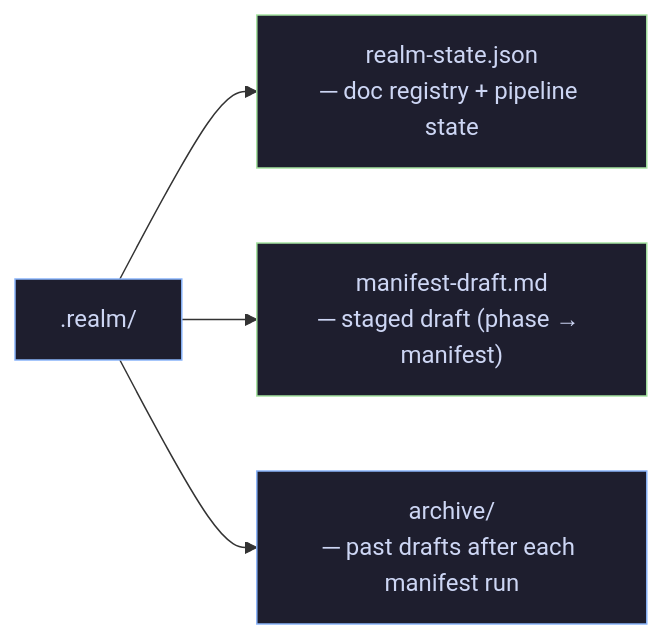
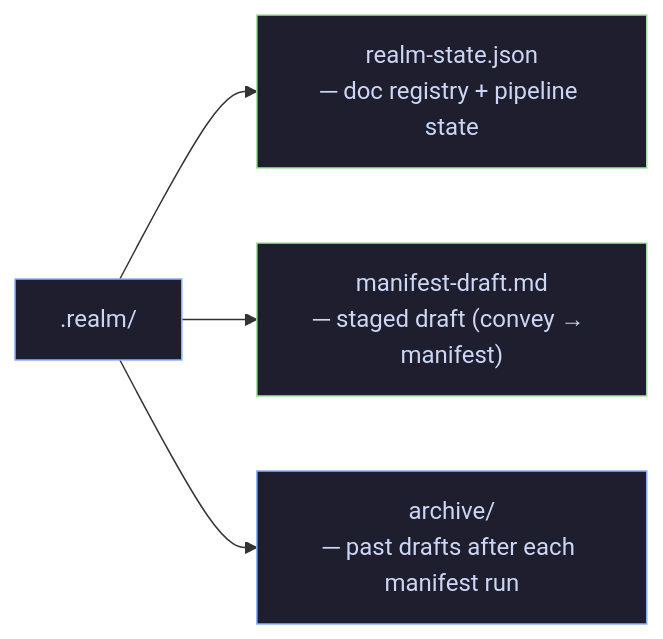
Before and after one commit to blackmo18/realm: the eighth of 9 diagrams in VISUALS.md, drawn with Mermaid. The commit also changed other lines of this file and 19 other files, not shown here.

````diff
--- a/VISUALS.md
+++ b/VISUALS.md
@@ -214,10 +190,10 @@
 ```mermaid
 graph LR
     ROOT[".realm/"]:::dir
     ROOT --> RS["realm-state.json\n─ doc registry + pipeline state"]:::node
-    ROOT --> MD["manifest-draft.md\n─ staged draft (phase → manifest)"]:::node
+    ROOT --> MD["manifest-draft.md\n─ staged draft (convey → manifest)"]:::node
     ROOT --> AR["archive/\n─ past drafts after each manifest run"]:::dir
 
     classDef dir  fill:#1e1e2e,stroke:#89b4fa,color:#cdd6f4
     classDef node fill:#1e1e2e,stroke:#a6e3a1,color:#cdd6f4
 ```
````
